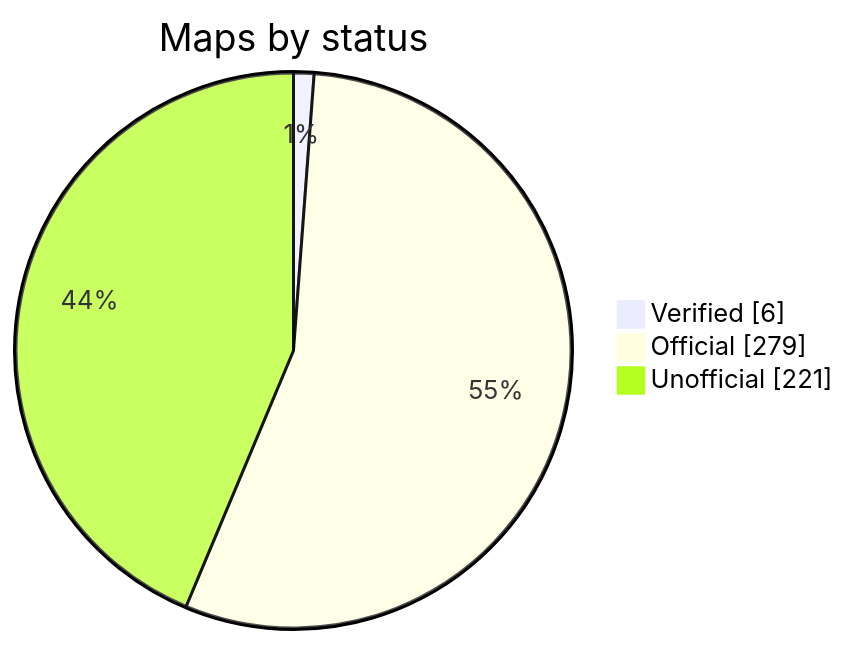
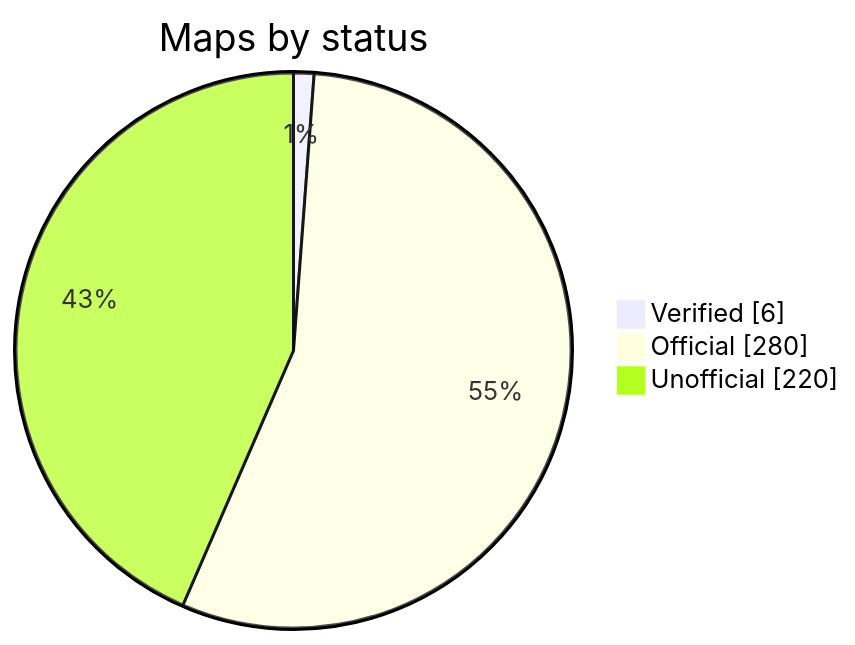
One commit to nobrega8/mbmap-library changed the diagram in README.md. Above: the diagram before and after it, drawn with Mermaid. The commit also changed 2 other files, not shown here.

Commit message:
PM800: finish the check against the register list v12.7xx (#106)

````diff
--- a/README.md
+++ b/README.md
@@ -48,7 +48,7 @@
 ```mermaid
 pie showData
     title Maps by status
     "Verified" : 6
-    "Official" : 279
-    "Unofficial" : 221
+    "Official" : 280
+    "Unofficial" : 220
 ```
````
